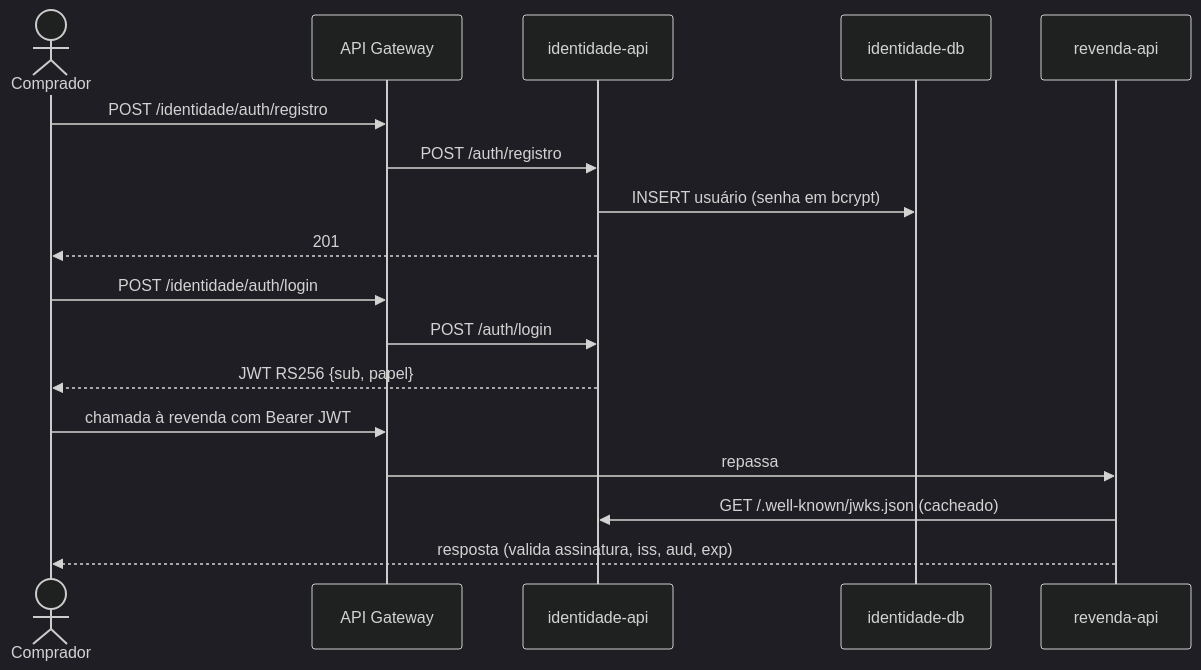
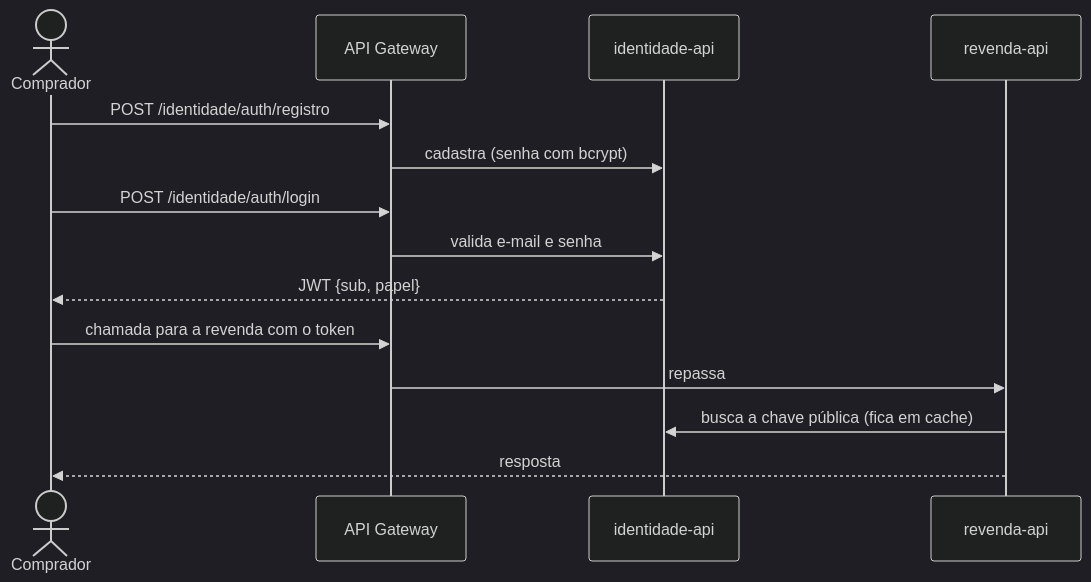
Before and after one commit to Gio-vana/revenda-identidade: the diagram in README.md, drawn with Mermaid (dark theme). The commit also changed other lines of this file and 5 other files, not shown here.

````diff
--- a/README.md
+++ b/README.md
@@ -61,19 +52,16 @@
 ```mermaid
 sequenceDiagram
   actor C as Comprador
   participant K as API Gateway
   participant I as identidade-api
-  participant DB as identidade-db
   participant R as revenda-api
   C->>K: POST /identidade/auth/registro
-  K->>I: POST /auth/registro
-  I->>DB: INSERT usuário (senha em bcrypt)
-  I-->>C: 201
+  K->>I: cadastra (senha com bcrypt)
   C->>K: POST /identidade/auth/login
-  K->>I: POST /auth/login
-  I-->>C: JWT RS256 {sub, papel}
-  C->>K: chamada à revenda com Bearer JWT
+  K->>I: valida e-mail e senha
+  I-->>C: JWT {sub, papel}
+  C->>K: chamada para a revenda com o token
   K->>R: repassa
-  R->>I: GET /.well-known/jwks.json (cacheado)
-  R-->>C: resposta (valida assinatura, iss, aud, exp)
+  R->>I: busca a chave pública (fica em cache)
+  R-->>C: resposta
 ```
````
